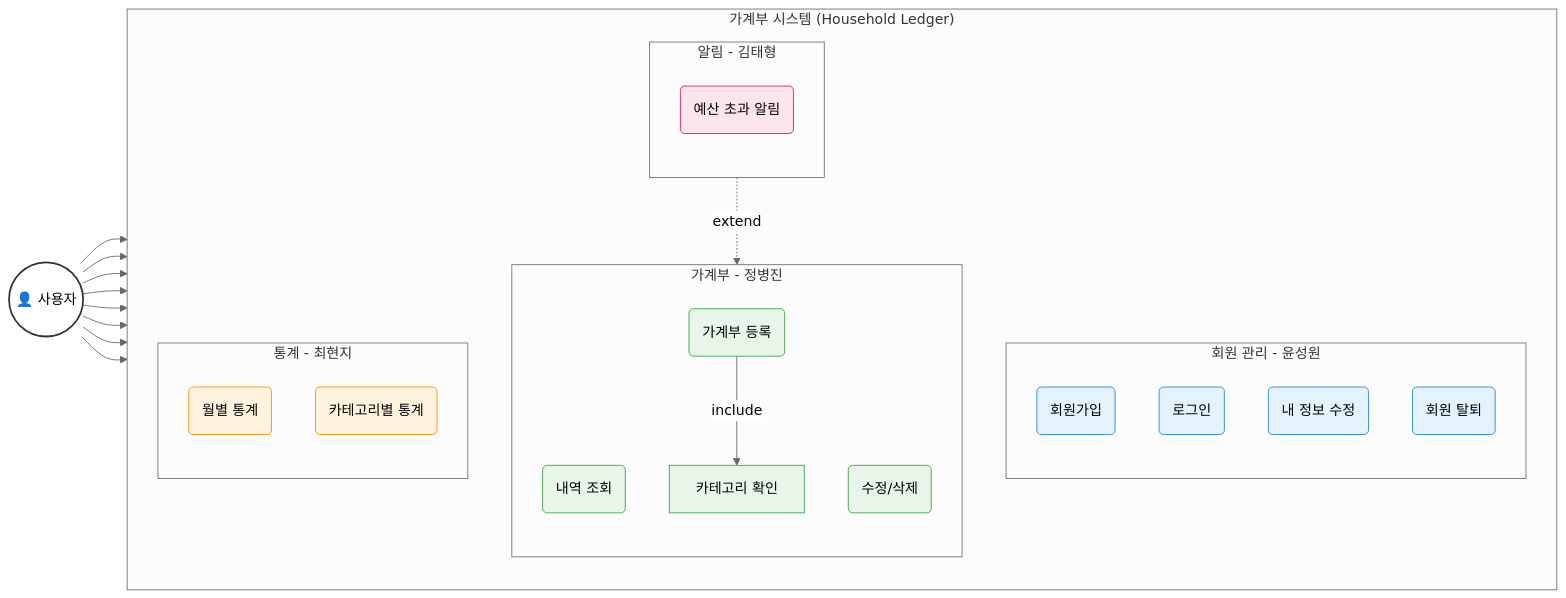
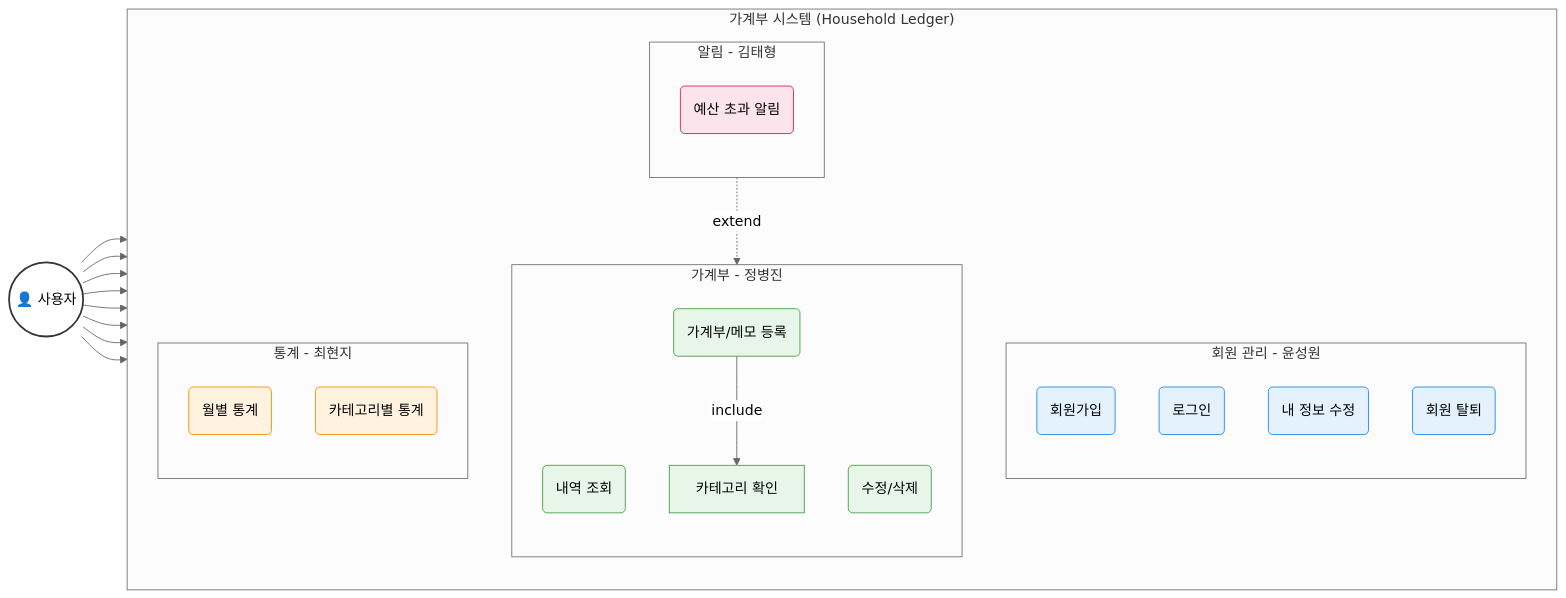
One commit to ikth-kim/team2 changed the first of 2 diagrams in README.md. Above: the diagram before and after it, drawn with Mermaid (neutral theme). The commit also changed other lines of this file and 7 other files, not shown here.

````diff
--- a/README.md
+++ b/README.md
@@ -60,70 +74,70 @@
 ```mermaid
 graph LR
     %% 1. 사용자 액터 (좌측 배치)
     User((👤 사용자))
     style User fill:#ffffff,stroke:#333,stroke-width:2px
 
     %% 2. 전체 시스템
     subgraph System ["가계부 시스템 (Household Ledger)"]
     direction TB
         
         %% (1) 회원 관리 패키지
         subgraph Member [회원 관리 - 윤성원]
             direction TB
             Join(회원가입)
             Login(로그인)
             Update(내 정보 수정)
             Withdraw(회원 탈퇴)
         end
 
         %% (2) 가계부 패키지
         subgraph Ledger [가계부 - 정병진]
             direction TB
             List(내역 조회)
-            Write(가계부 등록)
+            Write(가계부/메모 등록)
             Edit(수정/삭제)
             CheckCat[카테고리 확인]
         end
 
         %% (3) 통계 및 알림 패키지
         subgraph Stats [통계 - 최현지]
             direction TB
             MonthStats(월별 통계)
             CatStats(카테고리별 통계)
         end
 
         subgraph Notice [알림 - 김태형]
             direction TB
             Alert(예산 초과 알림)
         end
     end
 
     %% 3. 연결선 (최대한 꼬이지 않게 순서 배치)
     User --> Join
     User --> Login
     User --> Update
     User --> List
     User --> Write
     User --> Edit
     User --> MonthStats
     User --> CatStats
 
     %% 4. 관계 정의 (Include & Extend)
     %% 가계부 등록 -> (포함) -> 카테고리 확인
     Write --> |include| CheckCat
     %% 알림 -> (확장: 조건부 실행) -> 가계부 등록
     Alert -.-> |extend| Write
 
     %% 5. 스타일링 (색상 구분)
     classDef memClass fill:#e3f2fd,stroke:#1e88e5,stroke-width:1px;
     class Join,Login,Update,Withdraw memClass;
 
     classDef ledClass fill:#e8f5e9,stroke:#43a047,stroke-width:1px;
     class List,Write,Edit,CheckCat ledClass;
 
     classDef statClass fill:#fff3e0,stroke:#fb8c00,stroke-width:1px;
     class MonthStats,CatStats statClass;
 
     classDef notiClass fill:#fce4ec,stroke:#d81b60,stroke-width:1px;
     class Alert notiClass;
 ```
````
